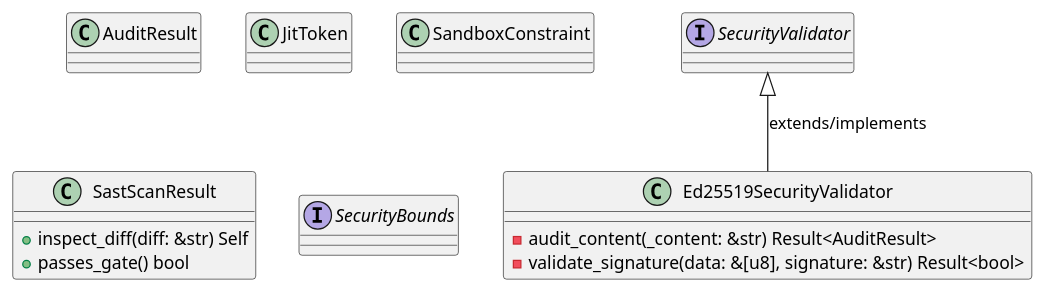
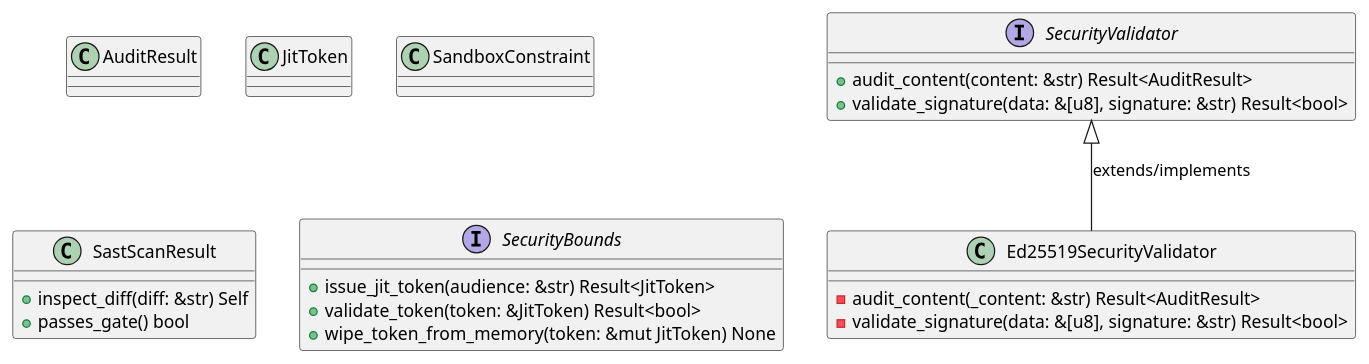
Before and after one commit to lgcorzo/rust_CACD_autonomous_factory: the first of 6 diagrams in openwiki/crates_factory_core_src_security.md, drawn with PlantUML. The commit also changed other lines of this file and 96 other files, not shown here.

````diff
--- a/openwiki/crates_factory_core_src_security.md
+++ b/openwiki/crates_factory_core_src_security.md
@@ -264,24 +411,29 @@
 ```plantuml
 @startuml
 class AuditResult {
 }
 class Ed25519SecurityValidator {
     -audit_content(_content: &str) Result<AuditResult>
     -validate_signature(data: &[u8], signature: &str) Result<bool>
 }
 SecurityValidator <|-- Ed25519SecurityValidator : extends/implements
 class JitToken {
 }
 class SandboxConstraint {
 }
 class SastScanResult {
     +inspect_diff(diff: &str) Self
     +passes_gate() bool
 }
 interface SecurityBounds {
+    +issue_jit_token(audience: &str) Result<JitToken>
+    +validate_token(token: &JitToken) Result<bool>
+    +wipe_token_from_memory(token: &mut JitToken) None
 }
 interface SecurityValidator {
+    +audit_content(content: &str) Result<AuditResult>
+    +validate_signature(data: &[u8], signature: &str) Result<bool>
 }
 @enduml
 
 ```
````
